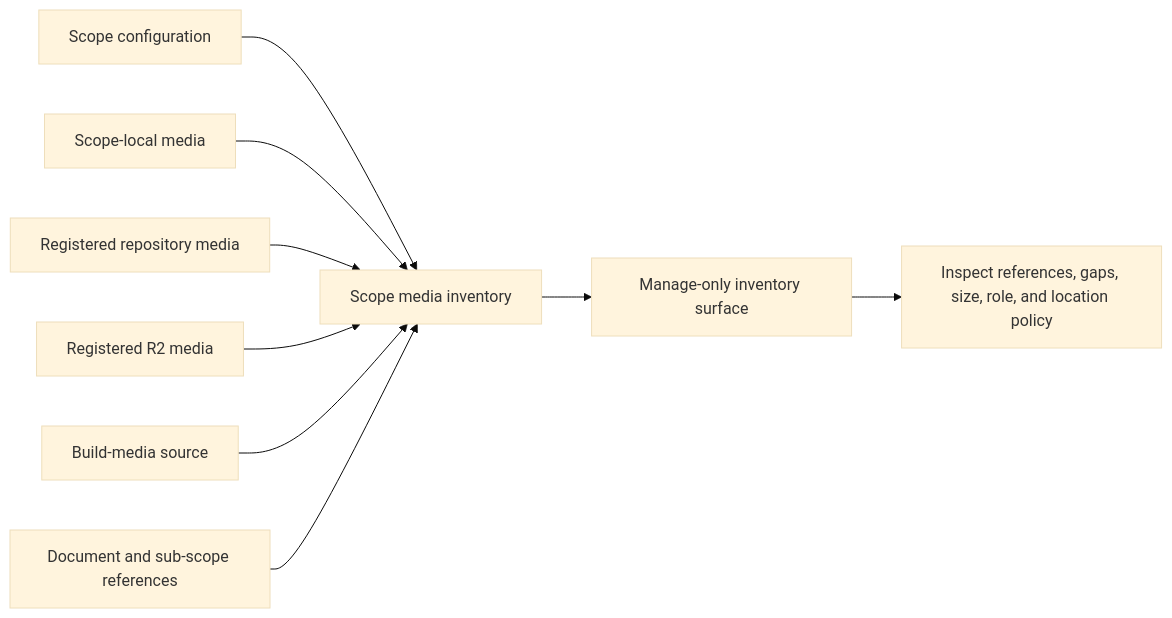
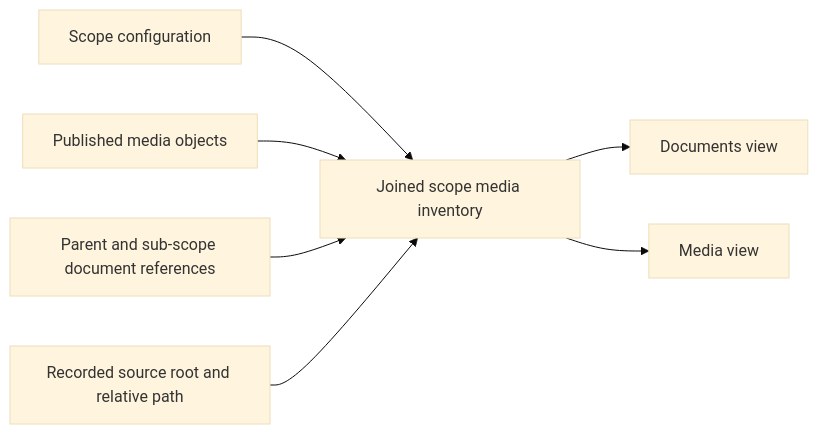
Before and after one commit to dotlineform/dotlineform-site: the diagram in docs-viewer/scopes/studio/source/documents/d-20260720-100017-e094d8.md, drawn with Mermaid (base theme). The commit also changed other lines of this file and 158 other files, not shown here.

Commit message:
roadmap doc updates and archiving

````diff
--- a/docs-viewer/scopes/studio/source/documents/d-20260720-100017-e094d8.md
+++ b/docs-viewer/scopes/studio/source/documents/d-20260720-100017-e094d8.md
@@ -21,14 +26,12 @@
 ```mermaid
 flowchart LR
-    accTitle: Scope media management model
-    accDescr: Scope configuration, registered media locations, build source, and document references feed a provider-independent inventory used by a manage-only inspection surface.
+    accTitle: Scope media report read model
+    accDescr: Scope configuration, published media, document references, and small source evidence records join into document and media views in one read-only report.
 
-    config["Scope configuration"] --> inventory["Scope media inventory"]
-    local["Scope-local media"] --> inventory
-    repository["Registered repository media"] --> inventory
-    remote["Registered R2 media"] --> inventory
-    build["Build-media source"] --> inventory
-    references["Document and sub-scope references"] --> inventory
-    inventory --> surface["Manage-only inventory surface"]
-    surface --> decisions["Inspect references, gaps, size, role, and location policy"]
+    config["Scope configuration"] --> inventory["Joined scope media inventory"]
+    published["Published media objects"] --> inventory
+    references["Parent and sub-scope document references"] --> inventory
+    evidence["Recorded source root and relative path"] --> inventory
+    inventory --> documents["Documents view"]
+    inventory --> media["Media view"]
 ```
````
